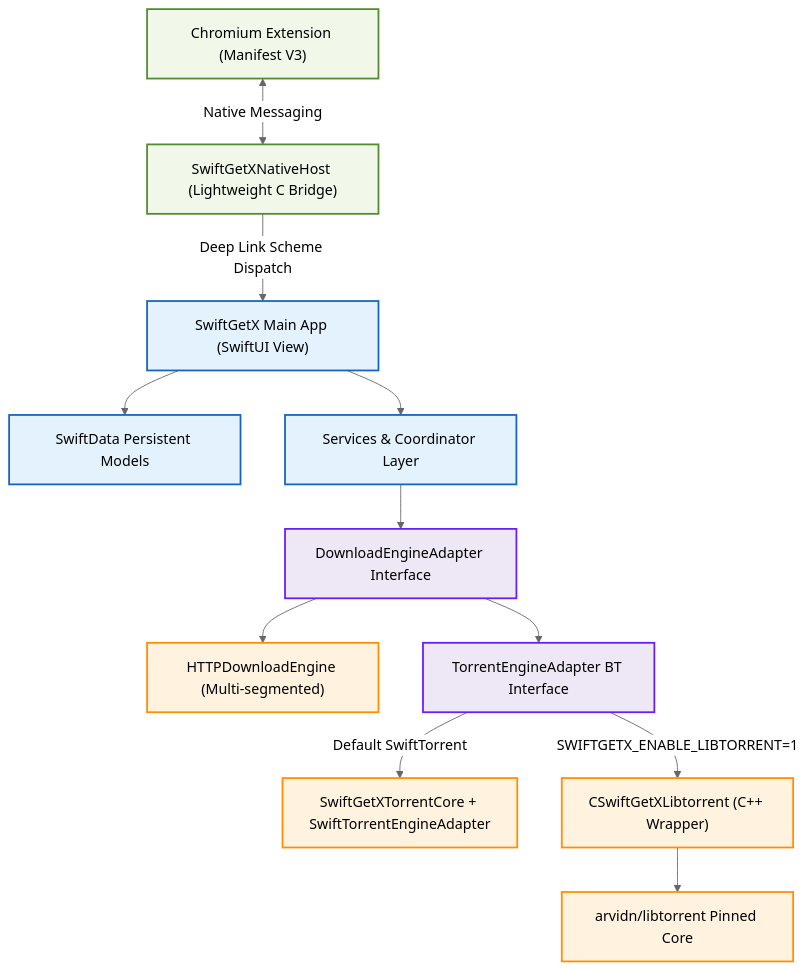
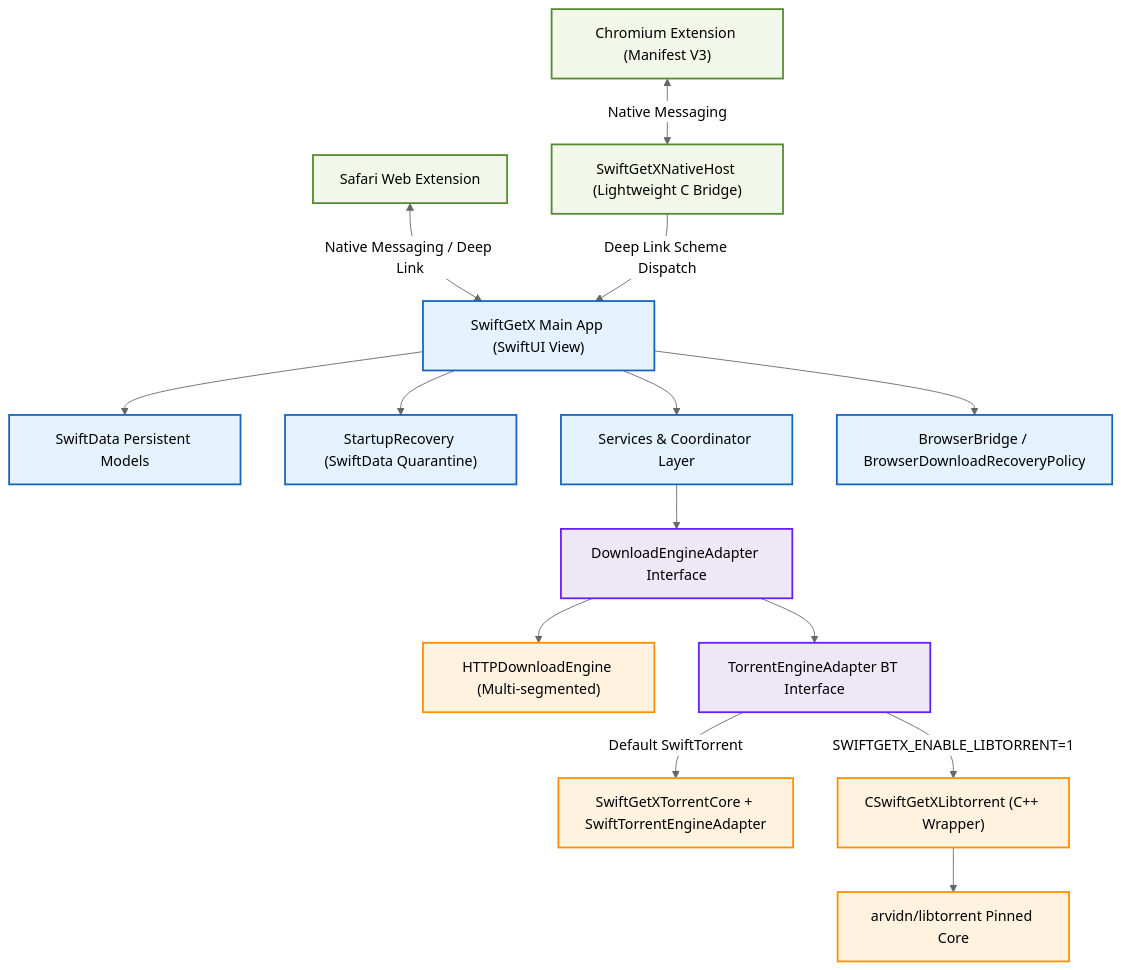
The diagram in README.en.md (vancehuds/SwiftGetX), drawn with Mermaid (neutral theme) before and after one commit. The commit also changed other lines of this file and 14 other files, not shown here.

````diff
--- a/README.en.md
+++ b/README.en.md
@@ -72,30 +77,36 @@
 ```mermaid
 graph TD
     classDef main fill:#E3F2FD,stroke:#1565C0,stroke-width:2px;
     classDef browser fill:#F1F8E9,stroke:#558B2F,stroke-width:2px;
     classDef core fill:#EDE7F6,stroke:#651FFF,stroke-width:2px;
     classDef engine fill:#FFF3E0,stroke:#FF8F00,stroke-width:2px;
     
     Chrome["Chromium Extension (Manifest V3)"]:::browser
+    Safari["Safari Web Extension"]:::browser
     NativeHost["SwiftGetXNativeHost (Lightweight C Bridge)"]:::browser
     MainApp["SwiftGetX Main App (SwiftUI View)"]:::main
     Models["SwiftData Persistent Models"]:::main
+    StartupRecovery["StartupRecovery (SwiftData Quarantine)"]:::main
     Coordinator["Services & Coordinator Layer"]:::main
+    BrowserBridge["BrowserBridge / BrowserDownloadRecoveryPolicy"]:::main
     Adapter["DownloadEngineAdapter Interface"]:::core
     HTTPEngine["HTTPDownloadEngine (Multi-segmented)"]:::engine
     TorrentAdapter["TorrentEngineAdapter BT Interface"]:::core
     SwiftTorrent["SwiftGetXTorrentCore + SwiftTorrentEngineAdapter"]:::engine
     LibtorrentWrapper["CSwiftGetXLibtorrent (C++ Wrapper)"]:::engine
     Libtorrent["arvidn/libtorrent Pinned Core"]:::engine
 
     Chrome <-->|"Native Messaging"| NativeHost
+    Safari <-->|"Native Messaging / Deep Link"| MainApp
     NativeHost -->|"Deep Link Scheme Dispatch"| MainApp
     MainApp --> Models
+    MainApp --> StartupRecovery
     MainApp --> Coordinator
+    MainApp --> BrowserBridge
     Coordinator --> Adapter
     Adapter --> HTTPEngine
     Adapter --> TorrentAdapter
     TorrentAdapter -->|"Default SwiftTorrent"| SwiftTorrent
     TorrentAdapter -->|"SWIFTGETX_ENABLE_LIBTORRENT=1"| LibtorrentWrapper
     LibtorrentWrapper --> Libtorrent
 ```
````
